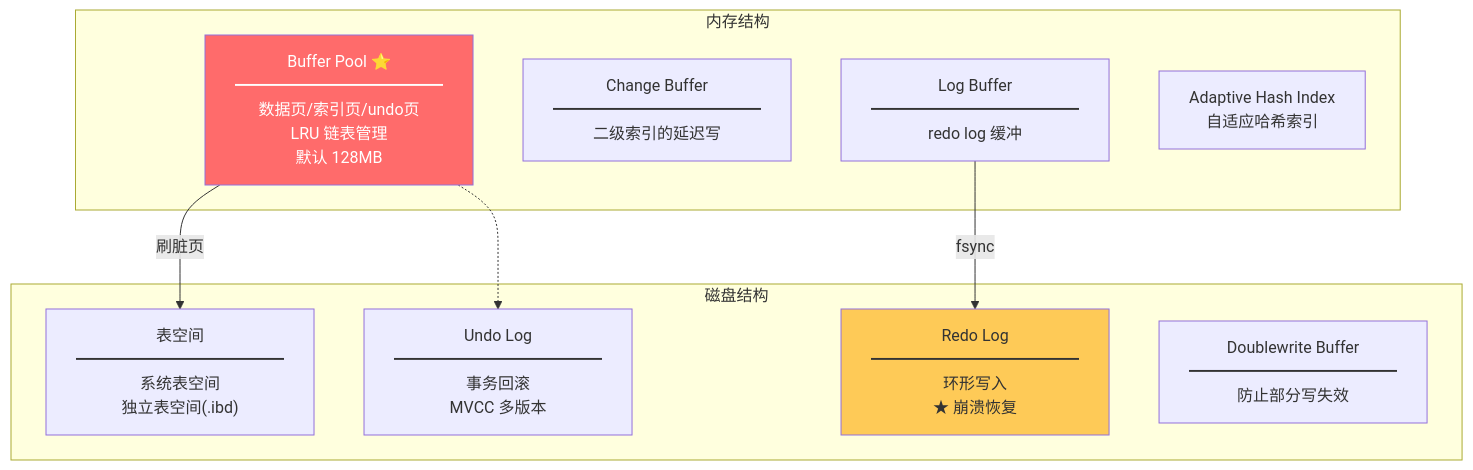
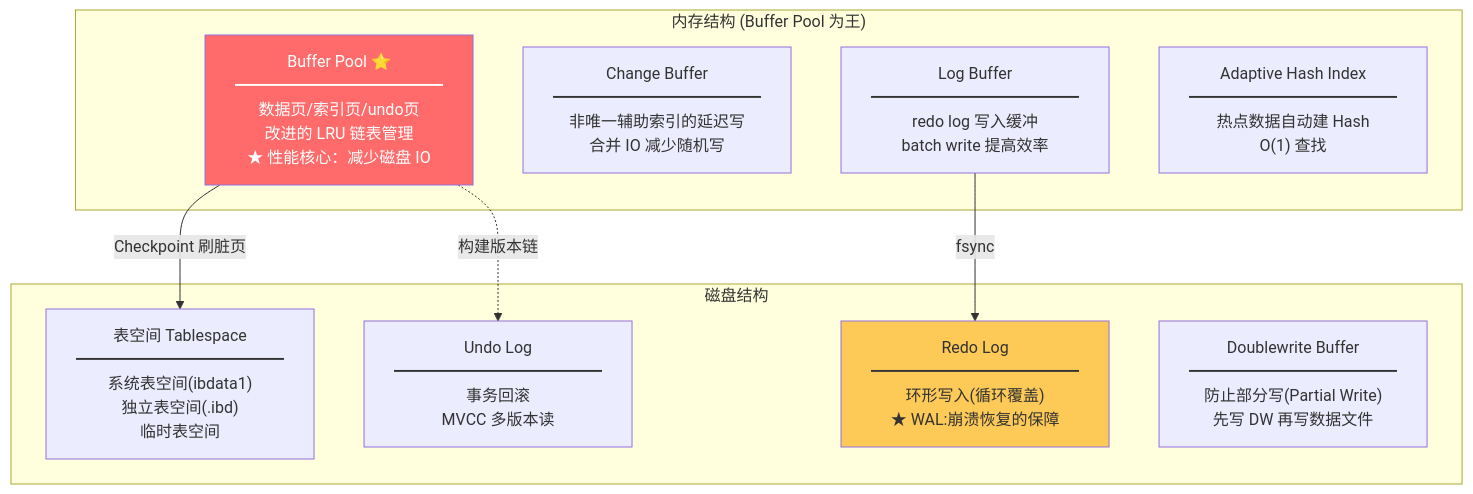
Diagram 21 of 34 in document/strengthen/性能调优面试总结_增强版.md (qigao0787-ops/gq-test), drawn with Mermaid before and after one commit. The commit also changed other lines of this file, not shown here.

````diff
--- a/document/strengthen/性能调优面试总结_增强版.md
+++ b/document/strengthen/性能调优面试总结_增强版.md
@@ -561,23 +1395,23 @@
 ```mermaid
 flowchart TB
-    subgraph 内存["内存结构"]
-        BP["Buffer Pool ⭐<br/>━━━━━━━━━━━━━<br/>数据页/索引页/undo页<br/>LRU 链表管理<br/>默认 128MB"]
-        CB["Change Buffer<br/>━━━━━━━━━━━━━<br/>二级索引的延迟写"]
-        LB["Log Buffer<br/>━━━━━━━━━━━━━<br/>redo log 缓冲"]
-        AHI["Adaptive Hash Index<br/>自适应哈希索引"]
+    subgraph 内存["内存结构 (Buffer Pool 为王)"]
+        BP["Buffer Pool ⭐<br/>━━━━━━━━━━━━━<br/>数据页/索引页/undo页<br/>改进的 LRU 链表管理<br/>★ 性能核心：减少磁盘 IO"]
+        CB["Change Buffer<br/>━━━━━━━━━━━━━<br/>非唯一辅助索引的延迟写<br/>合并 IO 减少随机写"]
+        LB["Log Buffer<br/>━━━━━━━━━━━━━<br/>redo log 写入缓冲<br/>batch write 提高效率"]
+        AHI["Adaptive Hash Index<br/>━━━━━━━━━━━━━<br/>热点数据自动建 Hash<br/>O(1) 查找"]
     end
 
     subgraph 磁盘["磁盘结构"]
-        TS["表空间<br/>━━━━━━━━━━━━━<br/>系统表空间<br/>独立表空间(.ibd)"]
-        REDO["Redo Log<br/>━━━━━━━━━━━━━<br/>环形写入<br/>★ 崩溃恢复"]
-        UNDO["Undo Log<br/>━━━━━━━━━━━━━<br/>事务回滚<br/>MVCC 多版本"]
-        DW["Doublewrite Buffer<br/>━━━━━━━━━━━━━<br/>防止部分写失效"]
+        TS["表空间 Tablespace<br/>━━━━━━━━━━━━━<br/>系统表空间(ibdata1)<br/>独立表空间(.ibd)<br/>临时表空间"]
+        REDO["Redo Log<br/>━━━━━━━━━━━━━<br/>环形写入(循环覆盖)<br/>★ WAL:崩溃恢复的保障"]
+        UNDO["Undo Log<br/>━━━━━━━━━━━━━<br/>事务回滚<br/>MVCC 多版本读"]
+        DW["Doublewrite Buffer<br/>━━━━━━━━━━━━━<br/>防止部分写(Partial Write)<br/>先写 DW 再写数据文件"]
     end
 
-    BP -->|刷脏页| TS
-    LB -->|fsync| REDO
-    BP -.-> UNDO
+    BP -->|"Checkpoint 刷脏页"| TS
+    LB -->|"fsync"| REDO
+    BP -.->|"构建版本链"| UNDO
 
     style BP fill:#ff6b6b,color:#fff
     style REDO fill:#feca57
 ```
````
